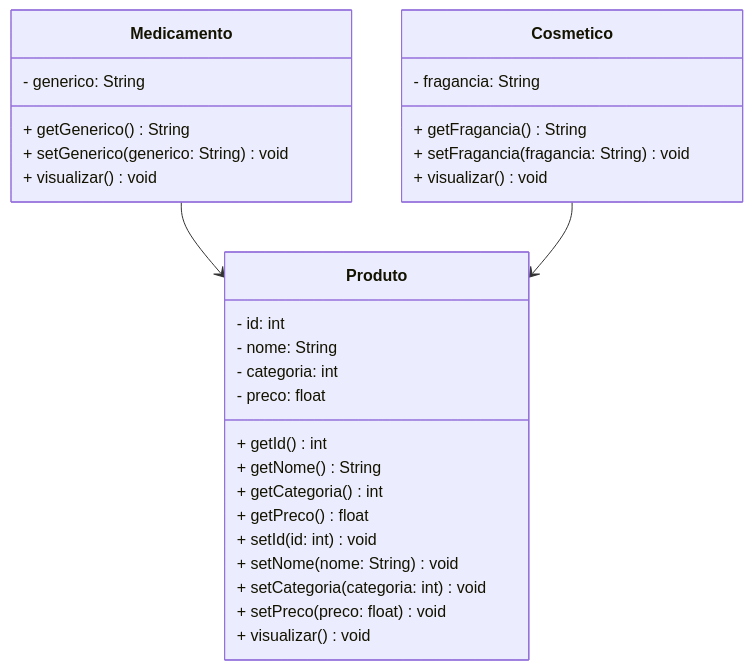
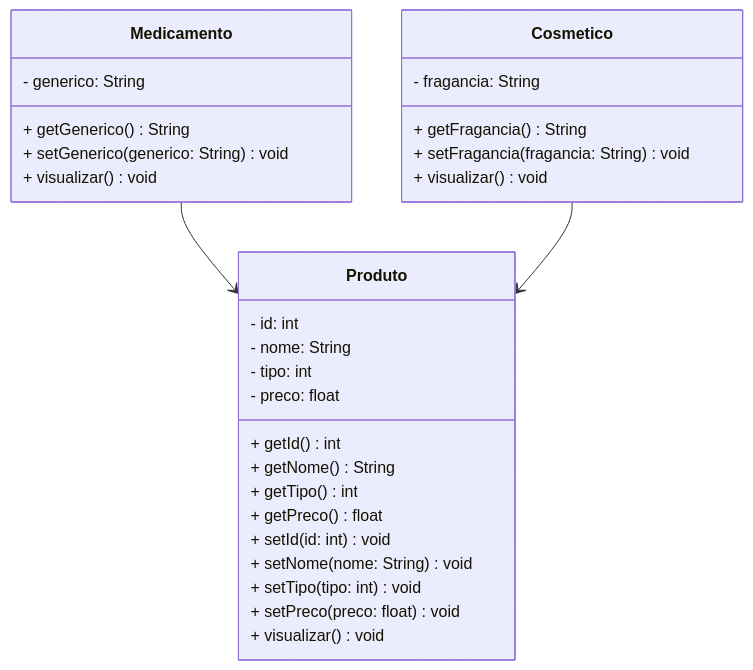
The diagram in README.md (rafaelq80/farmacia_java_t82), drawn with Mermaid before and after one commit.

````diff
--- a/README.md
+++ b/README.md
@@ -71,32 +71,32 @@
 ```mermaid
 classDiagram
 class Produto {
   - id: int
   - nome: String
-  - categoria: int
+  - tipo: int
   - preco: float
   + getId() int
   + getNome() String
-  + getCategoria() int
+  + getTipo() int
   + getPreco() float
   + setId(id: int) void
   + setNome(nome: String) void
-  + setCategoria(categoria: int) void
+  + setTipo(tipo: int) void
   + setPreco(preco: float) void
   + visualizar() void
 }
 class Medicamento {
   - generico: String
   + getGenerico() String
   + setGenerico(generico: String) void
   + visualizar() void
 }
 class Cosmetico {
   - fragancia: String
   + getFragancia() String
   + setFragancia(fragancia: String) void
   + visualizar() void
 }
 Medicamento --> Produto
 Cosmetico --> Produto
 ```
````
